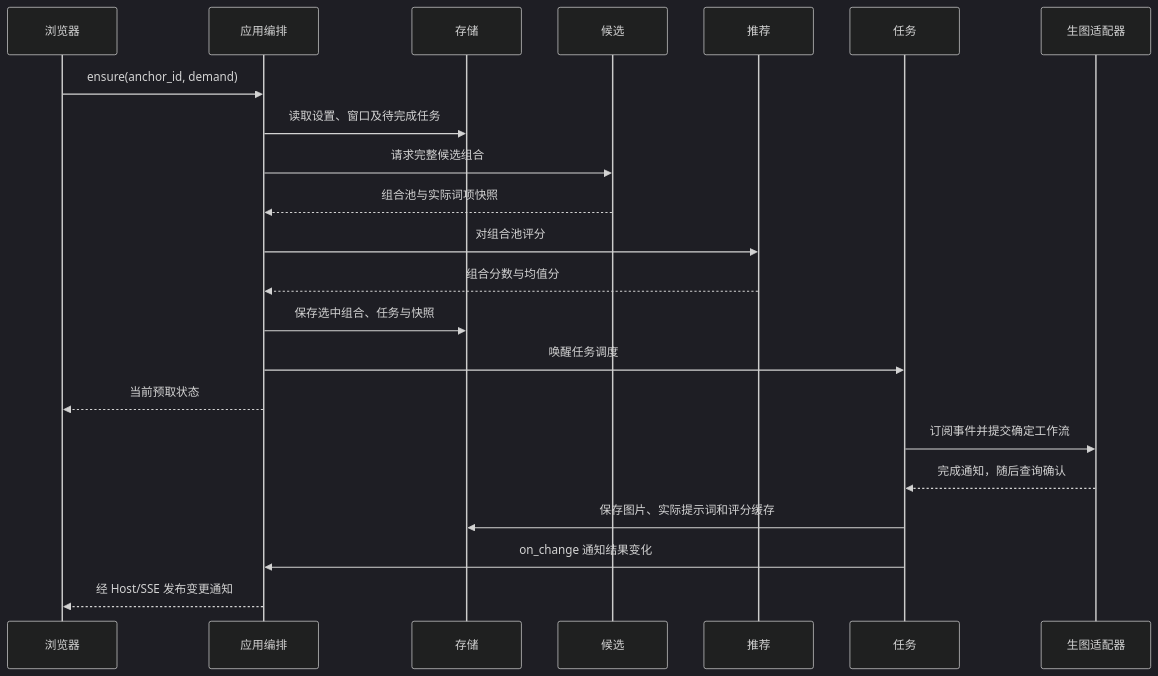
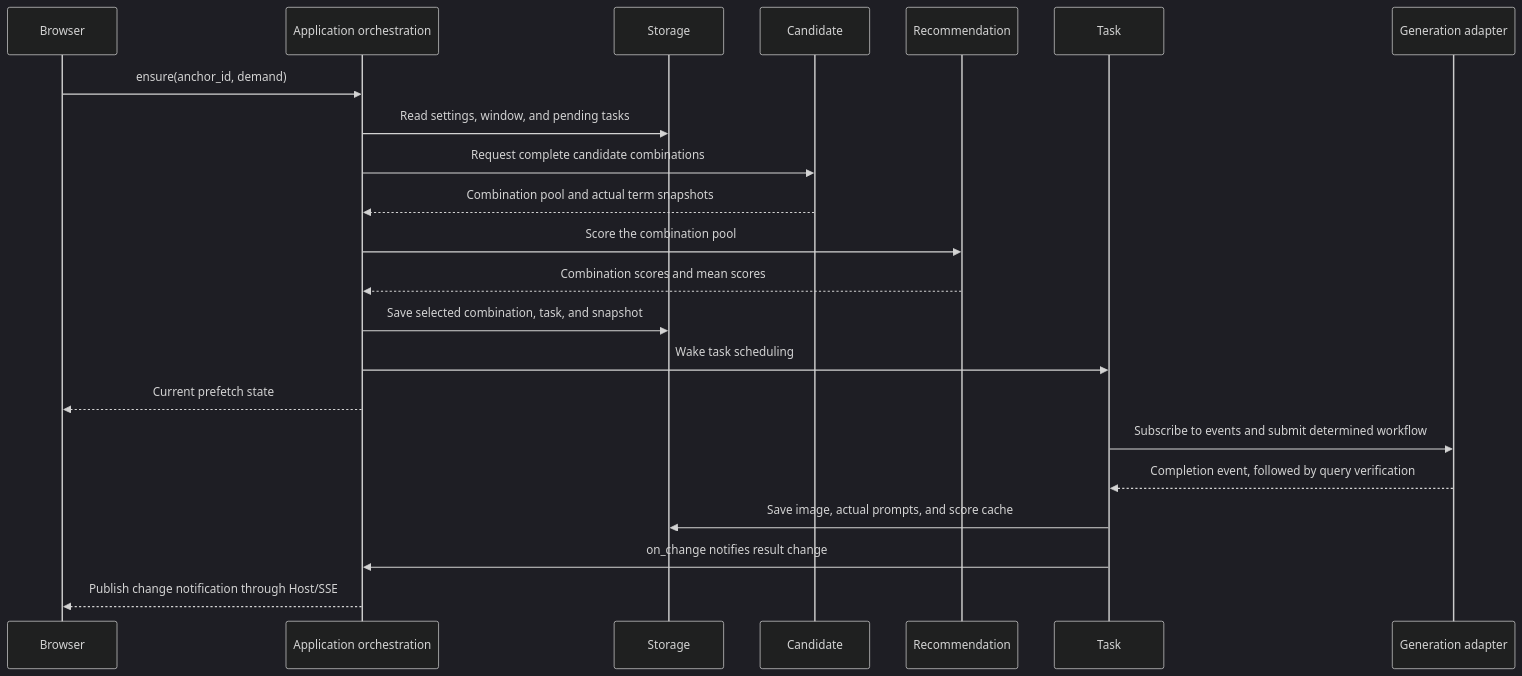
The second of 3 diagrams in docs/dev/architecture/flows.md (Lykr/pictide), drawn with Mermaid (dark theme) before and after one commit. The commit also changed other lines of this file and 13 other files, not shown here.

Commit message:
docs: translate current architecture documentation into English

````diff
--- a/docs/dev/architecture/flows.md
+++ b/docs/dev/architecture/flows.md
@@ -41,24 +43,24 @@
 ```mermaid
 sequenceDiagram
-    participant UI as 浏览器
-    participant App as 应用编排
-    participant Store as 存储
-    participant Candidate as 候选
-    participant Rec as 推荐
-    participant Task as 任务
-    participant Gen as 生图适配器
+    participant UI as Browser
+    participant App as Application orchestration
+    participant Store as Storage
+    participant Candidate as Candidate
+    participant Rec as Recommendation
+    participant Task as Task
+    participant Gen as Generation adapter
     UI->>App: ensure(anchor_id, demand)
-    App->>Store: 读取设置、窗口及待完成任务
-    App->>Candidate: 请求完整候选组合
-    Candidate-->>App: 组合池与实际词项快照
-    App->>Rec: 对组合池评分
-    Rec-->>App: 组合分数与均值分
-    App->>Store: 保存选中组合、任务与快照
-    App->>Task: 唤醒任务调度
-    App-->>UI: 当前预取状态
-    Task->>Gen: 订阅事件并提交确定工作流
-    Gen-->>Task: 完成通知，随后查询确认
-    Task->>Store: 保存图片、实际提示词和评分缓存
-    Task->>App: on_change 通知结果变化
-    App-->>UI: 经 Host/SSE 发布变更通知
+    App->>Store: Read settings, window, and pending tasks
+    App->>Candidate: Request complete candidate combinations
+    Candidate-->>App: Combination pool and actual term snapshots
+    App->>Rec: Score the combination pool
+    Rec-->>App: Combination scores and mean scores
+    App->>Store: Save selected combination, task, and snapshot
+    App->>Task: Wake task scheduling
+    App-->>UI: Current prefetch state
+    Task->>Gen: Subscribe to events and submit determined workflow
+    Gen-->>Task: Completion event, followed by query verification
+    Task->>Store: Save image, actual prompts, and score cache
+    Task->>App: on_change notifies result change
+    App-->>UI: Publish change notification through Host/SSE
 ```
````
